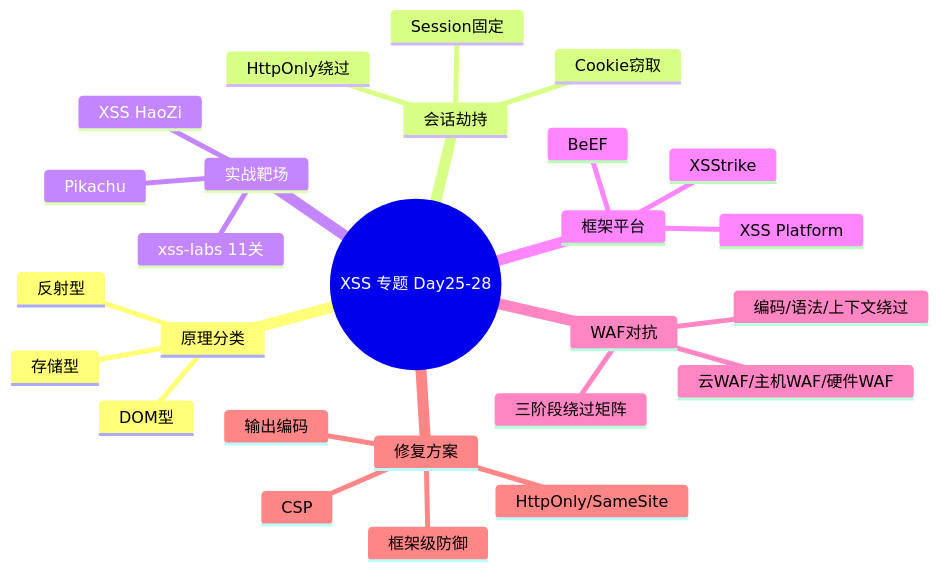
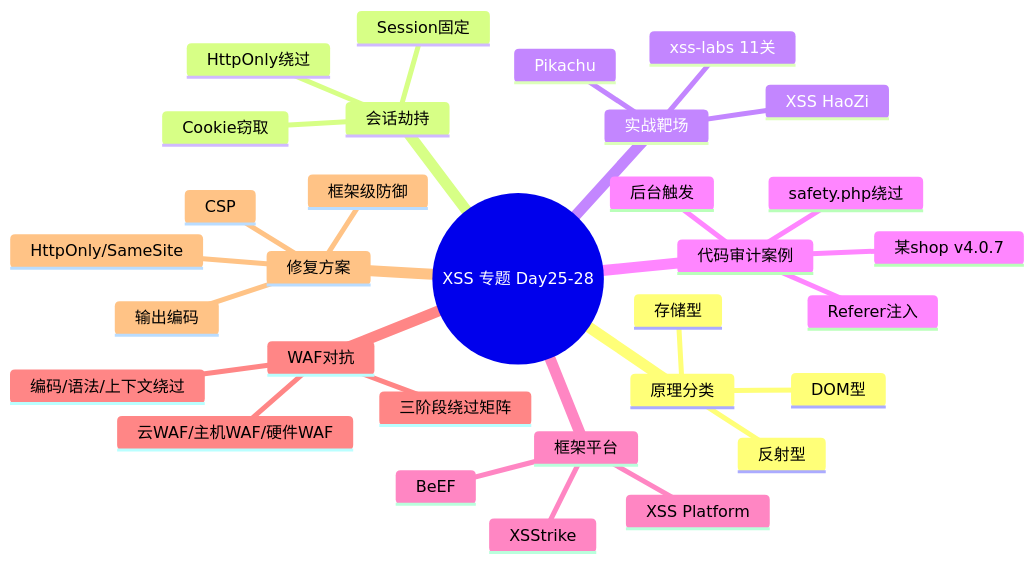
The second of 2 diagrams in pages/xd-security-xss-vulnerability-notes-day25-28.md (OpenDocCN1/sec-llm-wiki), drawn with Mermaid before and after one commit. The commit also changed other lines of this file and 4 other files, not shown here.

````diff
--- a/pages/xd-security-xss-vulnerability-notes-day25-28.md
+++ b/pages/xd-security-xss-vulnerability-notes-day25-28.md
@@ -490,29 +581,34 @@
 ```mermaid
 mindmap
   root((XSS 专题 Day25-28))
     原理分类
       反射型
       存储型
       DOM型
     会话劫持
       Cookie窃取
       Session固定
       HttpOnly绕过
     实战靶场
       Pikachu
       xss-labs 11关
       XSS HaoZi
+    代码审计案例
+      某shop v4.0.7
+      Referer注入
+      safety.php绕过
+      后台触发
     框架平台
       BeEF
       XSS Platform
       XSStrike
     WAF对抗
       云WAF/主机WAF/硬件WAF
       三阶段绕过矩阵
       编码/语法/上下文绕过
     修复方案
       输出编码
       CSP
       HttpOnly/SameSite
       框架级防御
 ```
````
